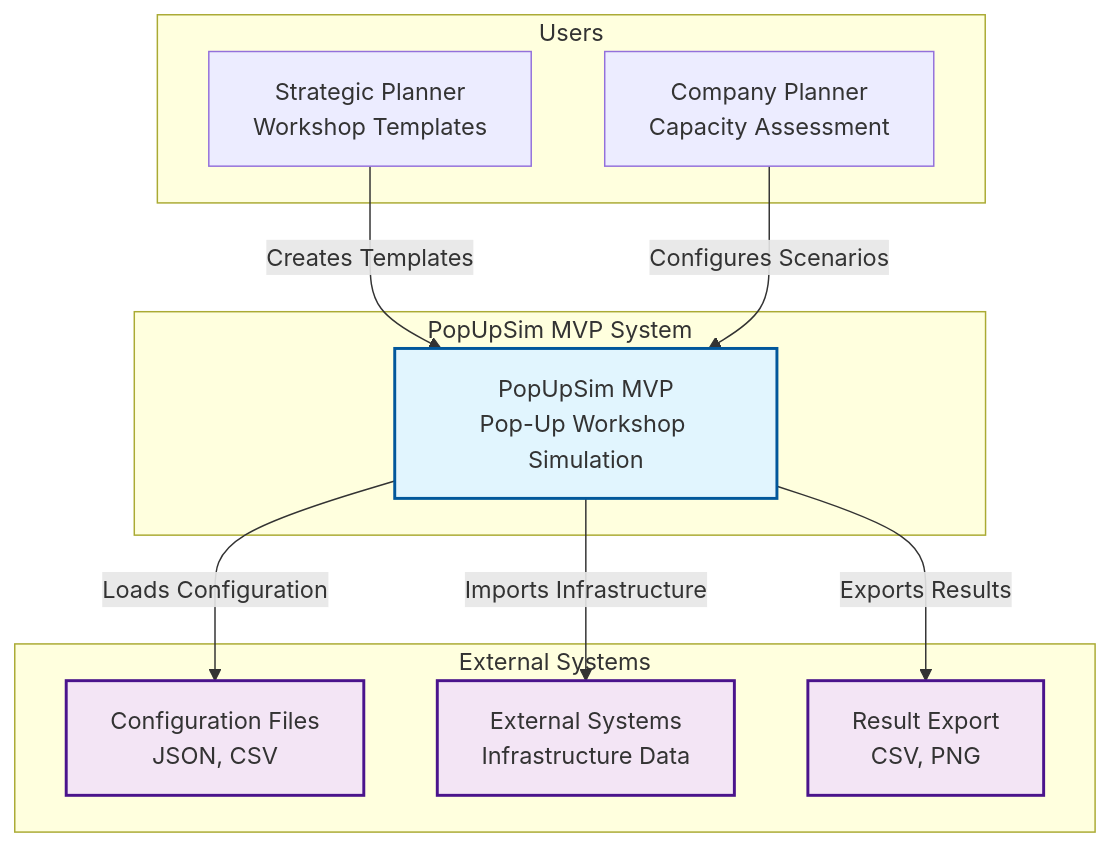
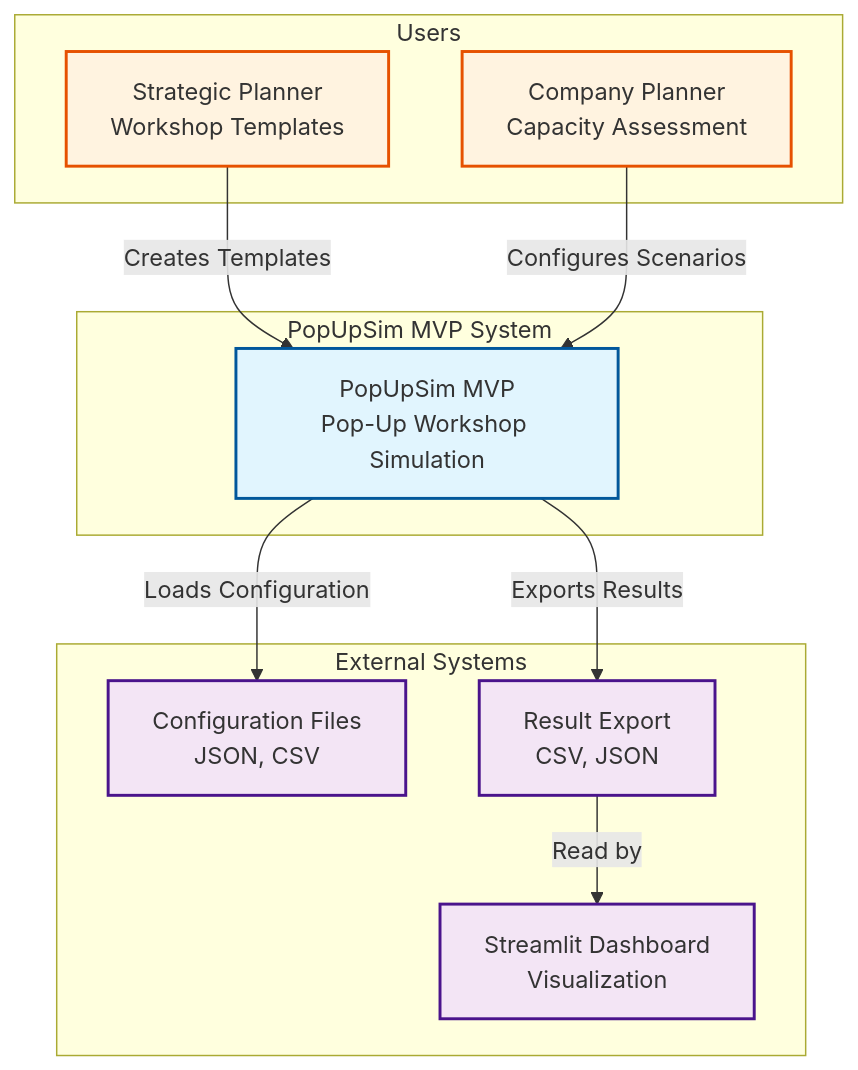
The first of 3 diagrams in docs/mvp/development/01-mvp-overview.md (OpenRailAssociation/dac-migration-dss-popupsim), drawn with Mermaid before and after one commit. The commit also changed other lines of this file and 73 other files, not shown here.

````diff
--- a/docs/mvp/development/01-mvp-overview.md
+++ b/docs/mvp/development/01-mvp-overview.md
@@ -24,32 +24,32 @@
 ```mermaid
 graph TB
     subgraph "PopUpSim MVP System"
         PopUpSim[PopUpSim MVP<br/>Pop-Up Workshop Simulation]
     end
 
     subgraph "Users"
         Planner[Strategic Planner<br/>Workshop Templates]
         DetailPlanner[Company Planner<br/>Capacity Assessment]
     end
 
     subgraph "External Systems"
         Files[Configuration Files<br/>JSON, CSV]
-        ExtSys[External Systems<br/>Infrastructure Data]
-        Results[Result Export<br/>CSV, PNG]
+        Results[Result Export<br/>CSV, JSON]
+        Dashboard[Streamlit Dashboard<br/>Visualization]
     end
 
     Planner -->|Creates Templates| PopUpSim
     DetailPlanner -->|Configures Scenarios| PopUpSim
 
     PopUpSim -->|Loads Configuration| Files
-    PopUpSim -->|Imports Infrastructure| ExtSys
     PopUpSim -->|Exports Results| Results
+    Results -->|Read by| Dashboard
 
     classDef system fill:#e1f5fe,stroke:#01579b,stroke-width:2px
     classDef user fill:#fff3e0,stroke:#e65100,stroke-width:2px
     classDef external fill:#f3e5f5,stroke:#4a148c,stroke-width:2px
 
     class PopUpSim system
-    class Planer,Detailplaner user
-    class Files,ExtSys,Results external
+    class Planner,DetailPlanner user
+    class Files,Results,Dashboard external
 ```
````
